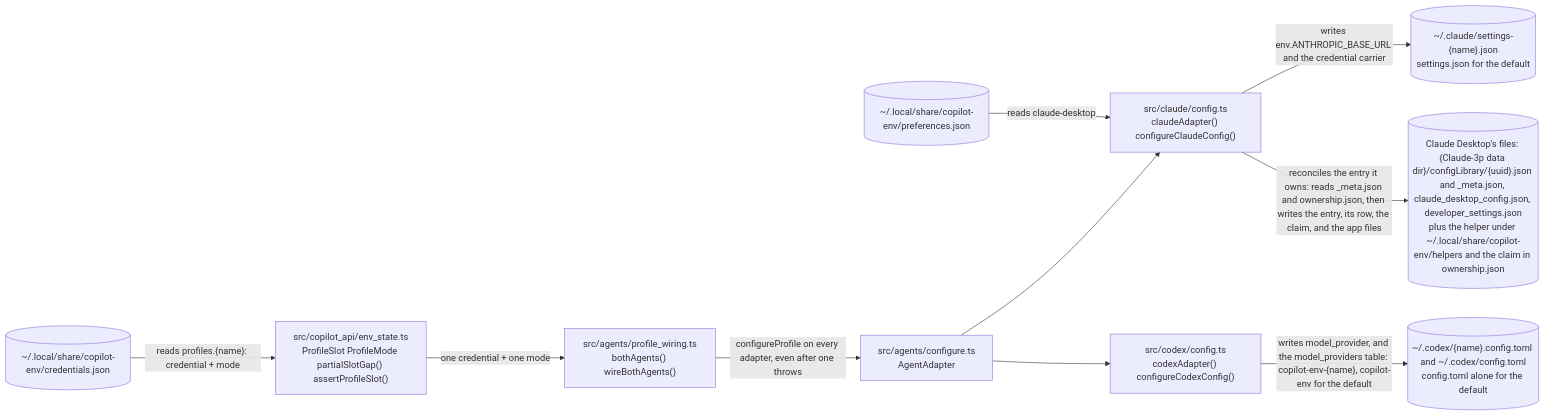
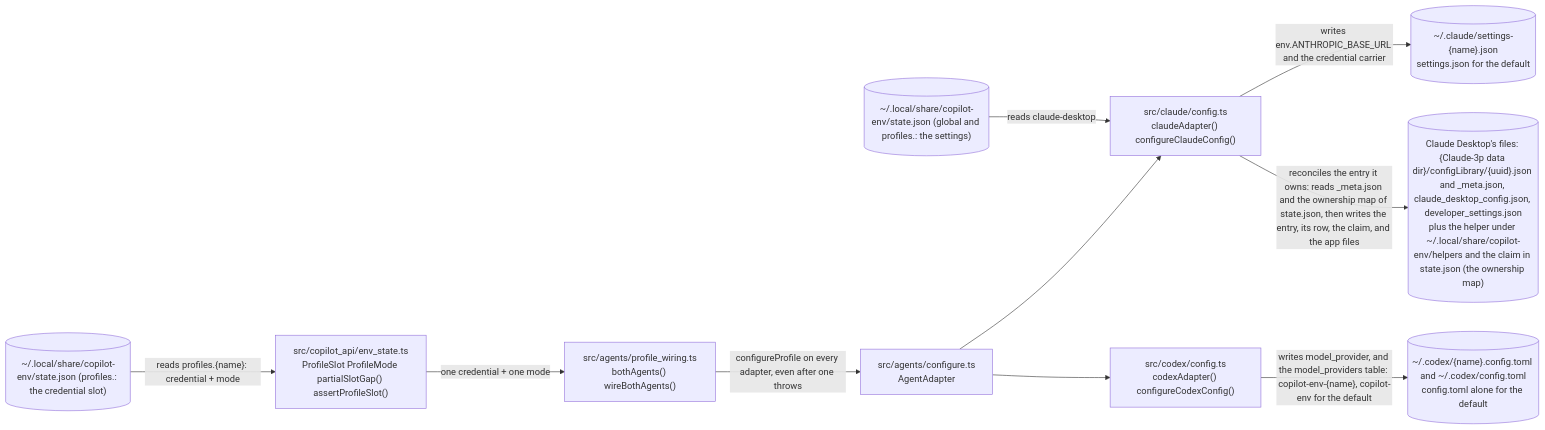
The third of 8 diagrams in docs/architecture.md (Vivswan/copilot-env), drawn with Mermaid before and after one commit. The commit also changed other lines of this file and 45 other files, not shown here.

Commit message:
refactor(state)!: fold credentials.json, preferences.json, and ownership.json into one state.json (#285)

````diff
--- a/docs/architecture.md
+++ b/docs/architecture.md
@@ -108,22 +109,22 @@
 ```mermaid
 flowchart LR
-  credfile[("~/.local/share/copilot-env/credentials.json")]
-  prefs[("~/.local/share/copilot-env/preferences.json")]
+  credfile[("~/.local/share/copilot-env/state.json (profiles.<name>: the credential slot)")]
+  prefs[("~/.local/share/copilot-env/state.json (global and profiles.<name>: the settings)")]
   slot["src/copilot_api/env_state.ts<br>ProfileSlot ProfileMode partialSlotGap() assertProfileSlot()"]
   wire["src/agents/profile_wiring.ts<br>bothAgents() wireBothAgents()"]
   adapter["src/agents/configure.ts<br>AgentAdapter"]
   claude["src/claude/config.ts<br>claudeAdapter() configureClaudeConfig()"]
   codex["src/codex/config.ts<br>codexAdapter() configureCodexConfig()"]
   claudefile[("~/.claude/settings-{name}.json<br>settings.json for the default")]
-  desktop[("Claude Desktop's files: {Claude-3p data dir}/configLibrary/{uuid}.json and _meta.json, claude_desktop_config.json, developer_settings.json<br>plus the helper under ~/.local/share/copilot-env/helpers and the claim in ownership.json")]
+  desktop[("Claude Desktop's files: {Claude-3p data dir}/configLibrary/{uuid}.json and _meta.json, claude_desktop_config.json, developer_settings.json<br>plus the helper under ~/.local/share/copilot-env/helpers and the claim in state.json (the ownership map)")]
   codexfile[("~/.codex/{name}.config.toml and ~/.codex/config.toml<br>config.toml alone for the default")]
   credfile -->|"reads profiles.{name}: credential + mode"| slot
   prefs -->|"reads claude-desktop"| claude
   slot -->|"one credential + one mode"| wire
   wire -->|"configureProfile on every adapter, even after one throws"| adapter
   adapter --> claude
   adapter --> codex
   claude -->|"writes env.ANTHROPIC_BASE_URL and the credential carrier"| claudefile
-  claude -->|"reconciles the entry it owns: reads _meta.json and ownership.json, then writes the entry, its row, the claim, and the app files"| desktop
+  claude -->|"reconciles the entry it owns: reads _meta.json and the ownership map of state.json, then writes the entry, its row, the claim, and the app files"| desktop
   codex -->|"writes model_provider, and the model_providers table: copilot-env-{name}, copilot-env for the default"| codexfile
 ```
````
